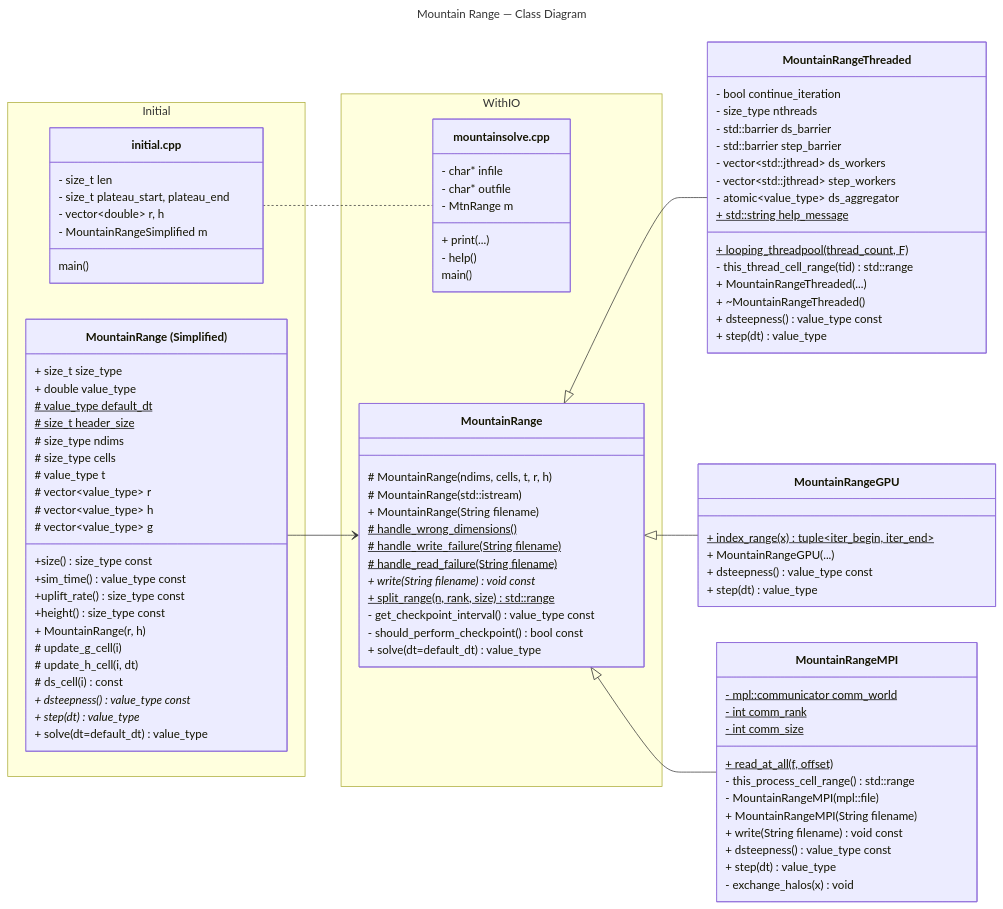
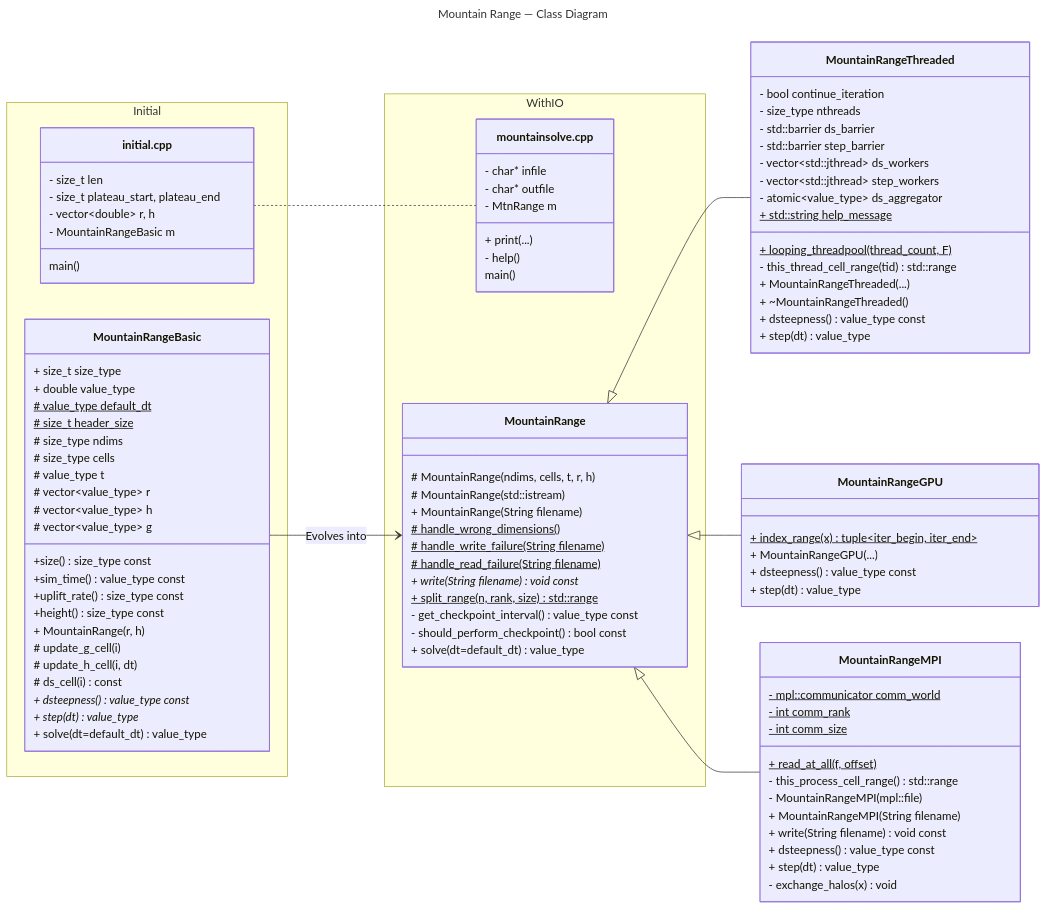
Before and after one commit to BYUHPC/sci-comp-course-example-cxx: the diagram in docs/MountainRange-class-diagram.md, drawn with Mermaid. The commit also changed other lines of this file and 1 other file, not shown here.

Commit message:
Update other references to MountainRangeBasic

```diff
--- a/docs/MountainRange-class-diagram.md
+++ b/docs/MountainRange-class-diagram.md
@@ -59,18 +60,18 @@
 
 namespace Initial {
     class InitialMain["initial.cpp"]
-    class MountainRangeSimplified["MountainRange (Simplified)"]
+    class MountainRangeBasic
 }
 
 class InitialMain {
     - size_t len
     - size_t plateau_start, plateau_end
     - vector~double~ r, h
-    - MountainRangeSimplified m
+    - MountainRangeBasic m
 }
 
 
-class MountainRangeSimplified {
+class MountainRangeBasic {
     %% Global type variables (readability + mutability)
     + size_t size_type
     + double value_type
@@ -205,11 +206,11 @@
 
 %% Relationships
 
-%%InitialMain ..> MountainRangeSimplified
+%%InitialMain ..> MountainRangeBasic
 %%MountainSolve ..> MountainRange
 InitialMain .. MountainSolve
 
-MountainRangeSimplified --> MountainRange
+MountainRangeBasic --> MountainRange : Evolves into
 MountainRange <|-- MountainRangeThreaded
 MountainRange <|-- MountainRangeGPU
 MountainRange <|-- MountainRangeMPI
```
